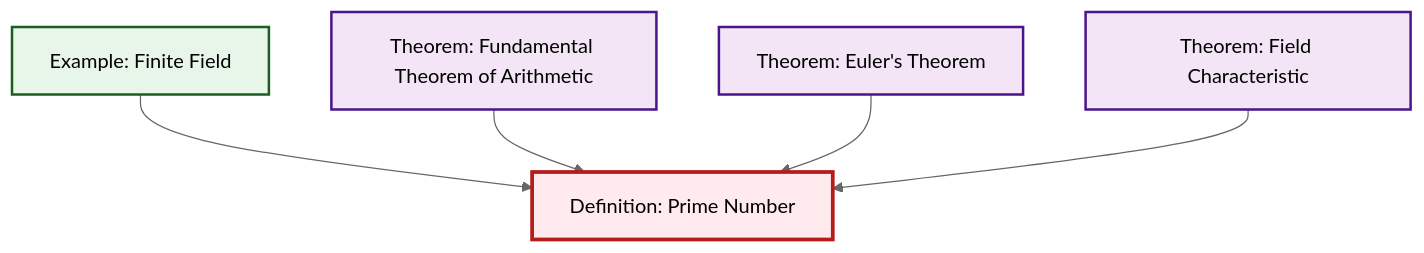
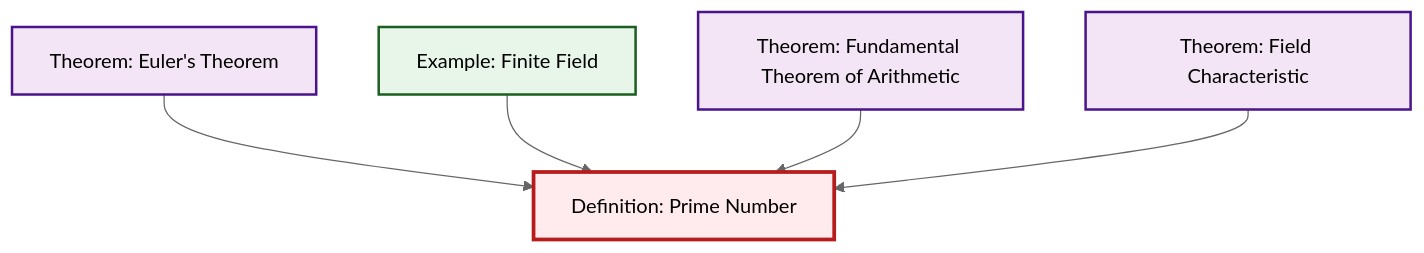
Before and after one commit to RK0429/ModernMath: the diagram in output/mermaid/def-prime.mermaid, drawn with Mermaid (neutral theme). The commit also changed other lines of this file and 1242 other files, not shown here.

```diff
--- a/output/mermaid/def-prime.mermaid
+++ b/output/mermaid/def-prime.mermaid
@@ -1,17 +1,17 @@
 %%| fig-cap: "Local dependency graph"
 graph TD
     classDef definition fill:#e1f5fe,stroke:#01579b,stroke-width:2px
     classDef theorem fill:#f3e5f5,stroke:#4a148c,stroke-width:2px
     classDef axiom fill:#fff3e0,stroke:#e65100,stroke-width:2px
     classDef example fill:#e8f5e9,stroke:#1b5e20,stroke-width:2px
     classDef current fill:#ffebee,stroke:#b71c1c,stroke-width:3px
     def-prime["Definition: Prime Number"]:::definition
+    thm-fundamental-arithmetic["Theorem: Fundamental Theorem of Arithmetic"]:::theorem
+    thm-field-characteristic["Theorem: Field Characteristic"]:::theorem
     thm-euler["Theorem: Euler's Theorem"]:::theorem
     ex-finite-field["Example: Finite Field"]:::example
-    thm-fundamental-arithmetic["Theorem: Fundamental Theorem of Arithmetic"]:::theorem
-    thm-field-characteristic["Theorem: Field Characteristic"]:::theorem
+    thm-euler --> def-prime
     ex-finite-field --> def-prime
     thm-fundamental-arithmetic --> def-prime
-    thm-euler --> def-prime
     thm-field-characteristic --> def-prime
     class def-prime current
```
